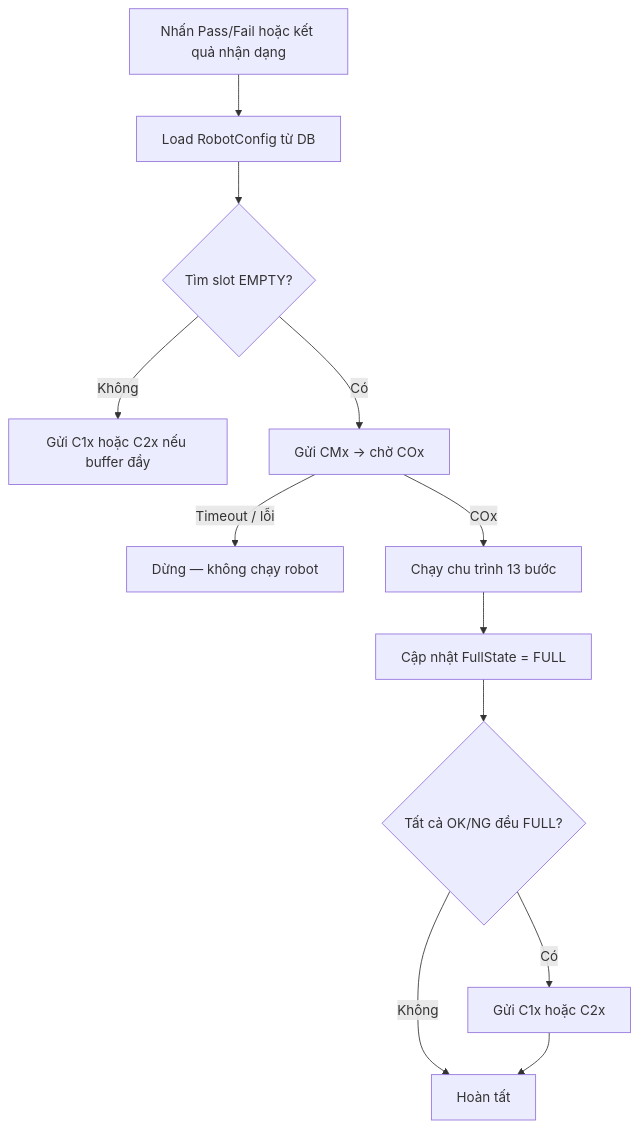
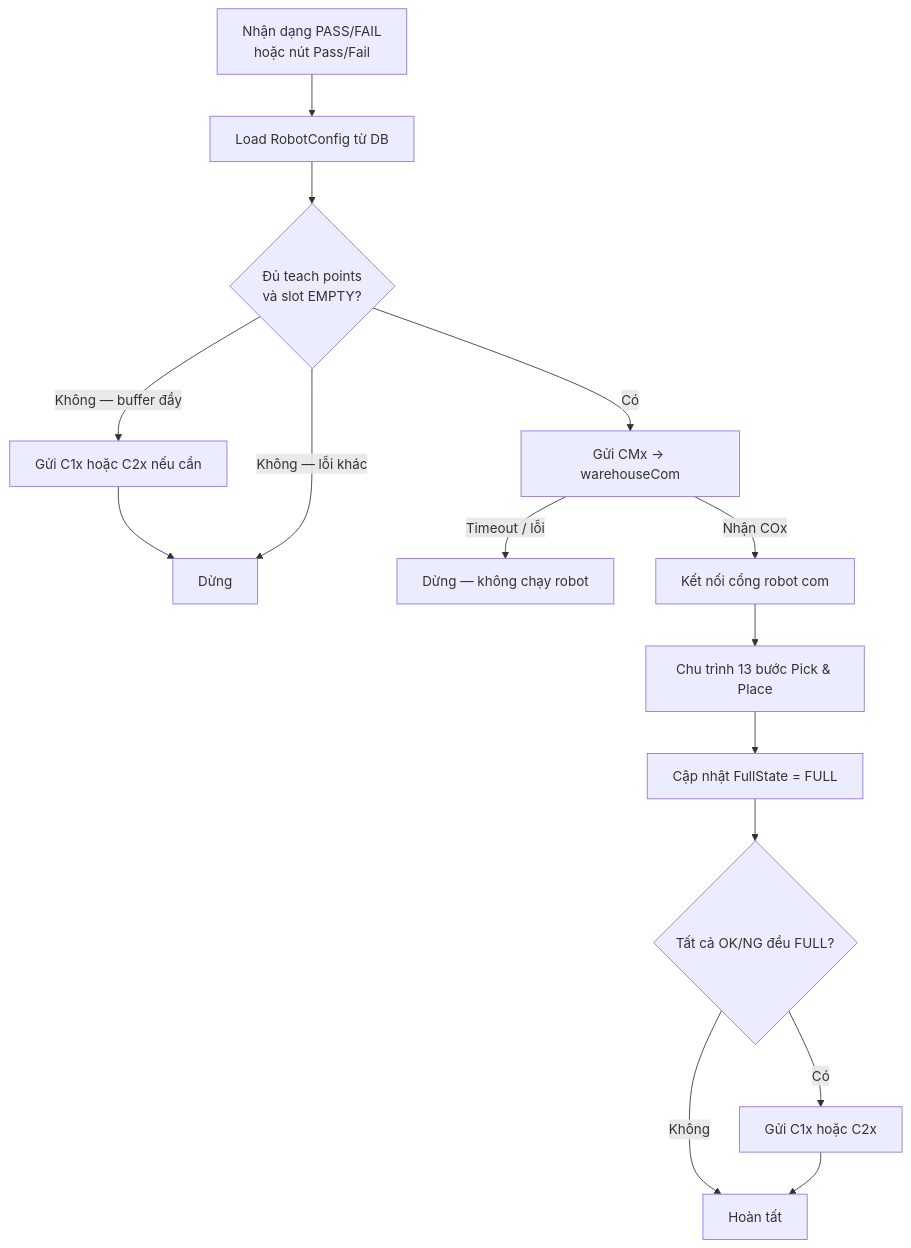
Before and after one commit to cmsang/haui: the fourth of 6 diagrams in Haui.PCB/docs/ROBOT_WORKFLOW.md, drawn with Mermaid. The commit also changed other lines of this file and 1 other file, not shown here.

````diff
--- a/Haui.PCB/docs/ROBOT_WORKFLOW.md
+++ b/Haui.PCB/docs/ROBOT_WORKFLOW.md
@@ -240,14 +316,17 @@
 ```mermaid
 flowchart TD
-    A[Nhấn Pass/Fail hoặc kết quả nhận dạng] --> B[Load RobotConfig từ DB]
-    B --> C{Tìm slot EMPTY?}
-    C -->|Không| D[Gửi C1x hoặc C2x nếu buffer đầy]
-    C -->|Có| W[Gửi CMx → chờ COx]
+    A[Nhận dạng PASS/FAIL<br/>hoặc nút Pass/Fail] --> B[Load RobotConfig từ DB]
+    B --> V{Đủ teach points<br/>và slot EMPTY?}
+    V -->|Không — buffer đầy| D[Gửi C1x hoặc C2x nếu cần]
+    D --> Z[Dừng]
+    V -->|Không — lỗi khác| Z
+    V -->|Có| W[Gửi CMx → warehouseCom]
     W -->|Timeout / lỗi| X[Dừng — không chạy robot]
-    W -->|COx| E[Chạy chu trình 13 bước]
+    W -->|Nhận COx| R[Kết nối cổng robot com]
+    R --> E[Chu trình 13 bước Pick & Place]
     E --> F[Cập nhật FullState = FULL]
     F --> G{Tất cả OK/NG đều FULL?}
     G -->|Có| H[Gửi C1x hoặc C2x]
     G -->|Không| I[Hoàn tất]
     H --> I
 ```
````
